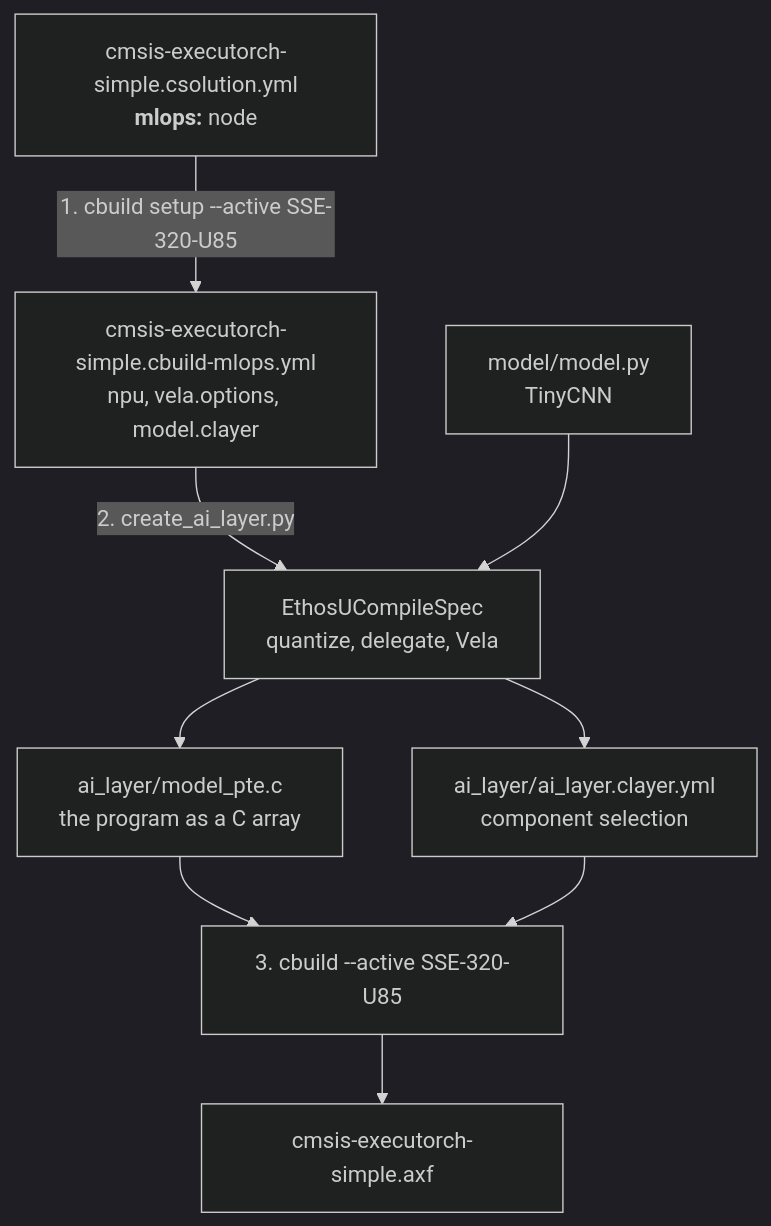
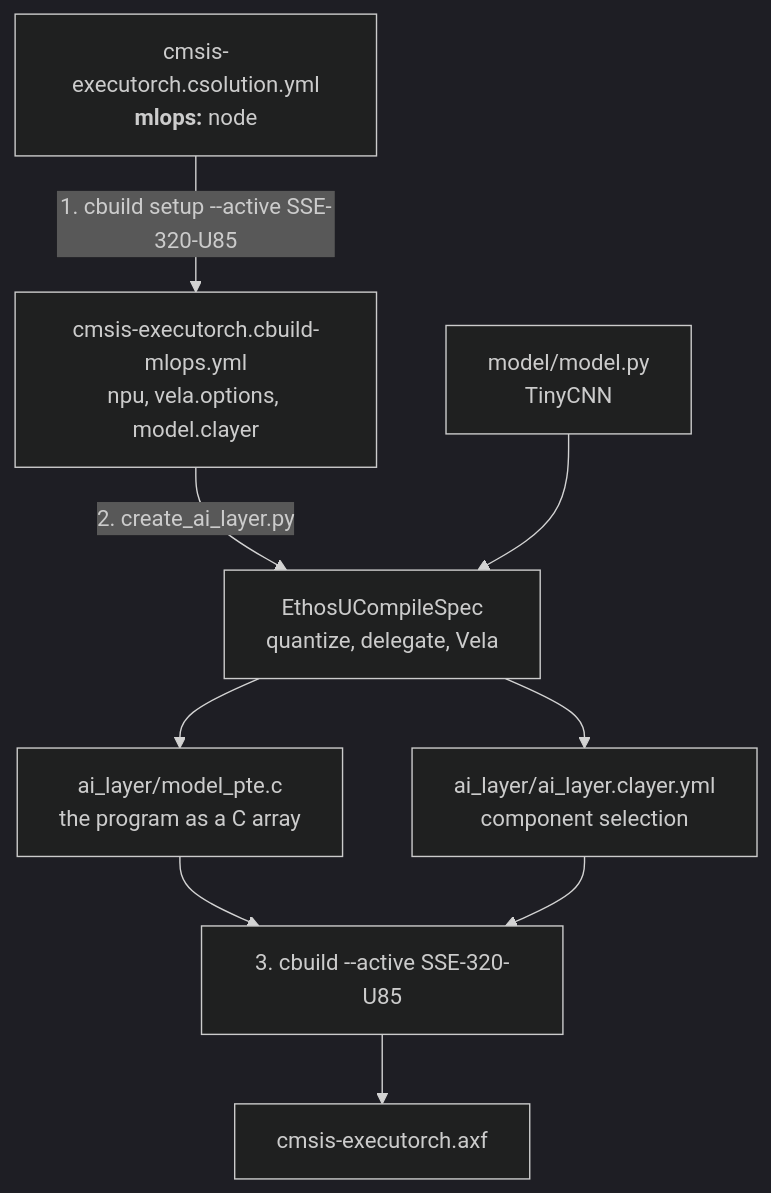
Before and after one commit to Arm-Examples/CMSIS-Executorch: the diagram in documentation/mlops-flow.md, drawn with Mermaid (dark theme). The commit also changed other lines of this file and 8 other files, not shown here.

First line of the commit message:
Rename the solution to cmsis-executorch

````diff
--- a/documentation/mlops-flow.md
+++ b/documentation/mlops-flow.md
@@ -9,11 +9,11 @@
 ```mermaid
 flowchart TD
-    A["cmsis-executorch-simple.csolution.yml<br/><b>mlops:</b> node"] -->|"1. cbuild setup --active SSE-320-U85"| B["cmsis-executorch-simple.cbuild-mlops.yml<br/>npu, vela.options, model.clayer"]
+    A["cmsis-executorch.csolution.yml<br/><b>mlops:</b> node"] -->|"1. cbuild setup --active SSE-320-U85"| B["cmsis-executorch.cbuild-mlops.yml<br/>npu, vela.options, model.clayer"]
     B -->|"2. create_ai_layer.py"| C["EthosUCompileSpec<br/>quantize, delegate, Vela"]
     D["model/model.py<br/>TinyCNN"] --> C
     C --> E["ai_layer/model_pte.c<br/>the program as a C array"]
     C --> F["ai_layer/ai_layer.clayer.yml<br/>component selection"]
     E --> G["3. cbuild --active SSE-320-U85"]
     F --> G
-    G --> H["cmsis-executorch-simple.axf"]
+    G --> H["cmsis-executorch.axf"]
 ```
````
